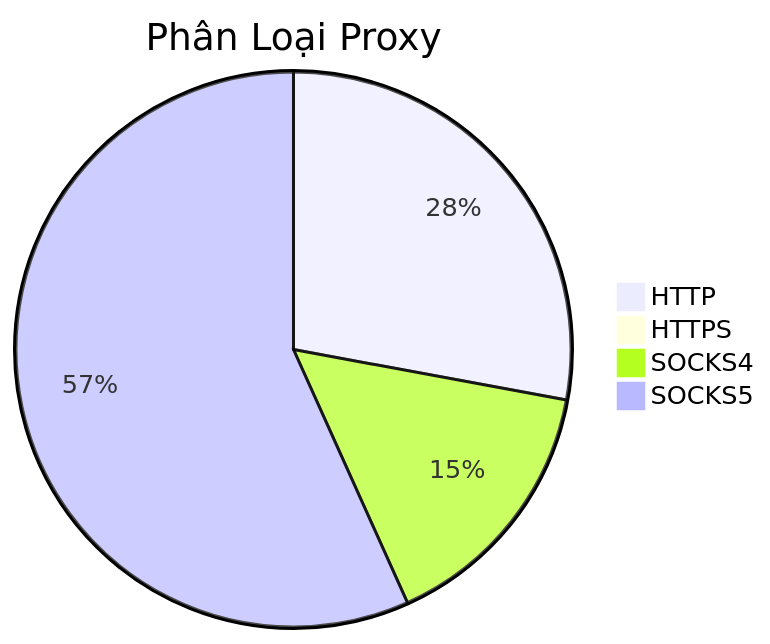
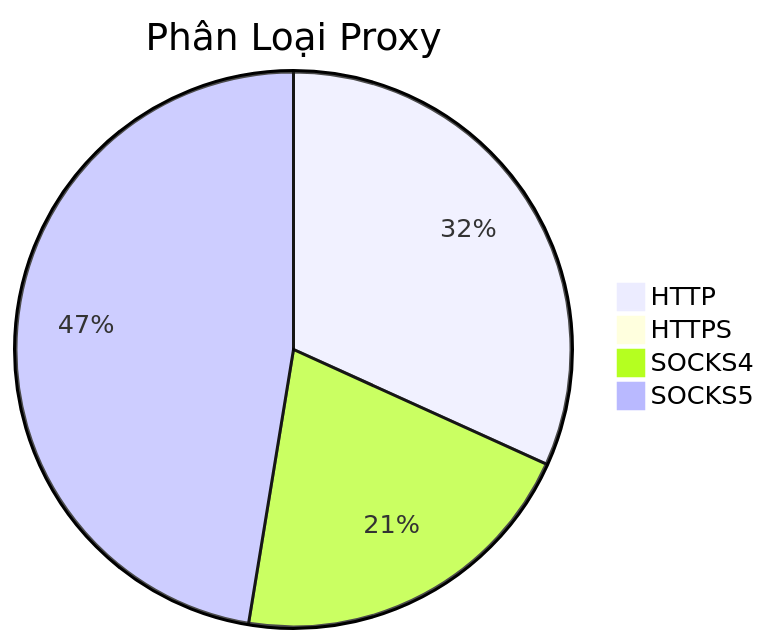
The diagram in README.md (Ciara-12/PROXY-free), drawn with Mermaid before and after one commit. The commit also changed other lines of this file and 4 other files, not shown here.

````diff
--- a/README.md
+++ b/README.md
@@ -26,7 +26,7 @@
 ```mermaid
 pie title Phân Loại Proxy
-    "HTTP" : 651
-    "HTTPS" : 3
-    "SOCKS4" : 358
-    "SOCKS5" : 1323
+    "HTTP" : 571
+    "HTTPS" : 0
+    "SOCKS4" : 374
+    "SOCKS5" : 852
 ```
````
